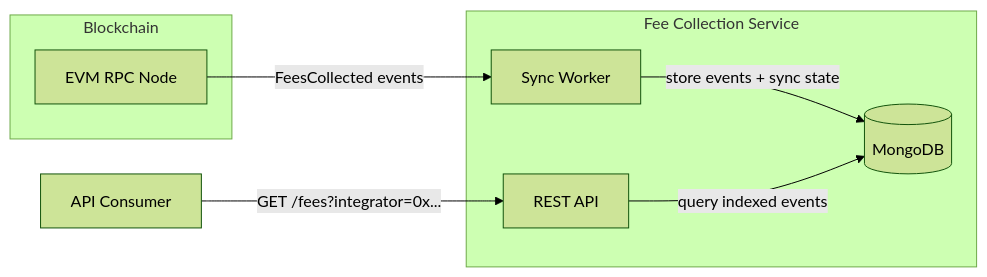
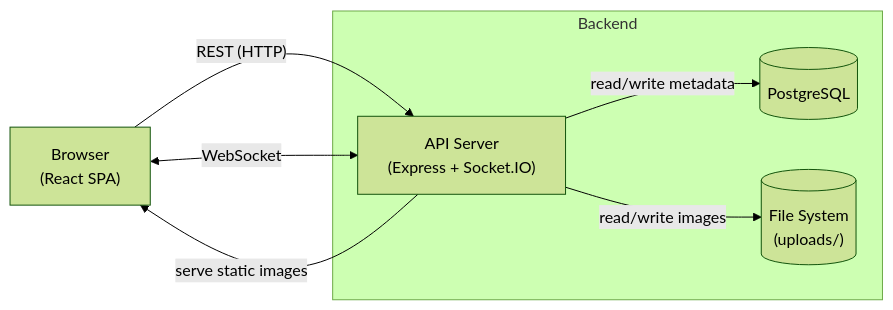
The diagram in README.md (ajejoseph22/gram), drawn with Mermaid (forest theme) before and after one commit. The commit also changed other lines of this file and 1 other file, not shown here.

````diff
--- a/README.md
+++ b/README.md
@@ -21,19 +21,16 @@
 ```mermaid
 graph LR
-    subgraph Blockchain
-        RPC[EVM RPC Node]
+    Browser["Browser\n(React SPA)"]
+
+    subgraph Backend
+        API["API Server\n(Express + Socket.IO)"]
+        DB[("PostgreSQL")]
+        FS[("File System\n(uploads/)")]
     end
 
-    subgraph Fee Collection Service
-        Worker[Sync Worker]
-        DB[(MongoDB)]
-        API[REST API]
-    end
-
-    Client[API Consumer]
-
-    RPC -- "FeesCollected events" --> Worker
-    Worker -- "store events + sync state" --> DB
-    API -- "query indexed events" --> DB
-    Client -- "GET /fees?integrator=0x..." --> API
+    Browser -- "REST (HTTP)" --> API
+    Browser <-- "WebSocket" --> API
+    API -- "read/write metadata" --> DB
+    API -- "read/write images" --> FS
+    API -- "serve static images" --> Browser
 ```
````
